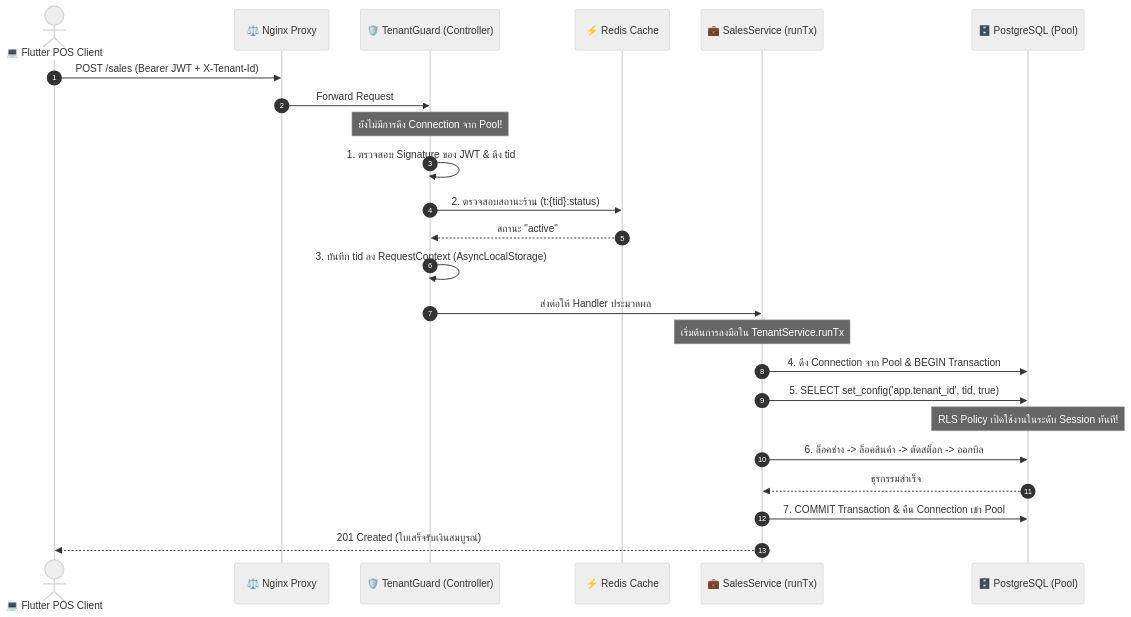
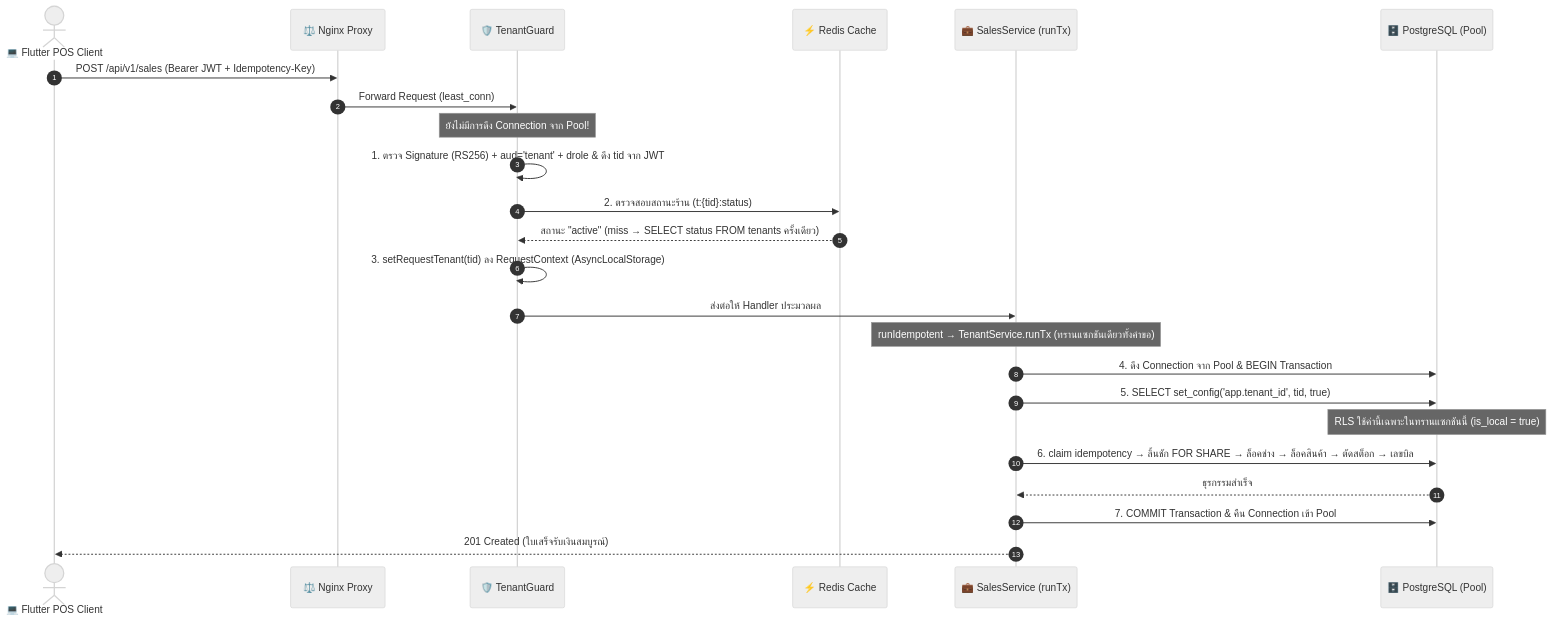
The second of 4 diagrams in docs/Backend_design/architecture.md (NuimanLP/srisurart-pos-flutter), drawn with Mermaid (neutral theme) before and after one commit. The commit also changed other lines of this file and 15 other files, not shown here.

````diff
--- a/docs/Backend_design/architecture.md
+++ b/docs/Backend_design/architecture.md
@@ -384,29 +323,29 @@
 ```mermaid
 sequenceDiagram
     autonumber
     actor Client as 💻 Flutter POS Client
     participant Nginx as ⚖️ Nginx Proxy
-    participant Guard as 🛡️ TenantGuard (Controller)
+    participant Guard as 🛡️ TenantGuard
     participant Redis as ⚡ Redis Cache
     participant Service as 💼 SalesService (runTx)
     participant Postgres as 🗄️ PostgreSQL (Pool)
 
-    Client->>Nginx: POST /sales (Bearer JWT + X-Tenant-Id)
-    Nginx->>Guard: Forward Request
+    Client->>Nginx: POST /api/v1/sales (Bearer JWT + Idempotency-Key)
+    Nginx->>Guard: Forward Request (least_conn)
     Note over Guard: ยังไม่มีการดึง Connection จาก Pool!
-    Guard->>Guard: 1. ตรวจสอบ Signature ของ JWT & ดึง tid
+    Guard->>Guard: 1. ตรวจ Signature (RS256) + aud='tenant' + drole & ดึง tid จาก JWT
     Guard->>Redis: 2. ตรวจสอบสถานะร้าน (t:{tid}:status)
-    Redis-->>Guard: สถานะ "active"
-    Guard->>Guard: 3. บันทึก tid ลง RequestContext (AsyncLocalStorage)
+    Redis-->>Guard: สถานะ "active" (miss → SELECT status FROM tenants ครั้งเดียว)
+    Guard->>Guard: 3. setRequestTenant(tid) ลง RequestContext (AsyncLocalStorage)
     
     Guard->>Service: ส่งต่อให้ Handler ประมวลผล
-    Note over Service: เริ่มต้นการลงมือใน TenantService.runTx
+    Note over Service: runIdempotent → TenantService.runTx (ทรานแซกชันเดียวทั้งคำขอ)
     Service->>Postgres: 4. ดึง Connection จาก Pool & BEGIN Transaction
     Service->>Postgres: 5. SELECT set_config('app.tenant_id', tid, true)
-    Note over Postgres: RLS Policy เปิดใช้งานในระดับ Session ทันที!
+    Note over Postgres: RLS ใช้ค่านี้เฉพาะในทรานแซกชันนี้ (is_local = true)
     
-    Service->>Postgres: 6. ล็อคช่าง -> ล็อคสินค้า -> ตัดสต็อก -> ออกบิล
+    Service->>Postgres: 6. claim idempotency → ลิ้นชัก FOR SHARE → ล็อคช่าง → ล็อคสินค้า → ตัดสต็อก → เลขบิล
     Postgres-->>Service: ธุรกรรมสำเร็จ
     Service->>Postgres: 7. COMMIT Transaction & คืน Connection เข้า Pool
     Service-->>Client: 201 Created (ใบเสร็จรับเงินสมบูรณ์)
 ```
````
